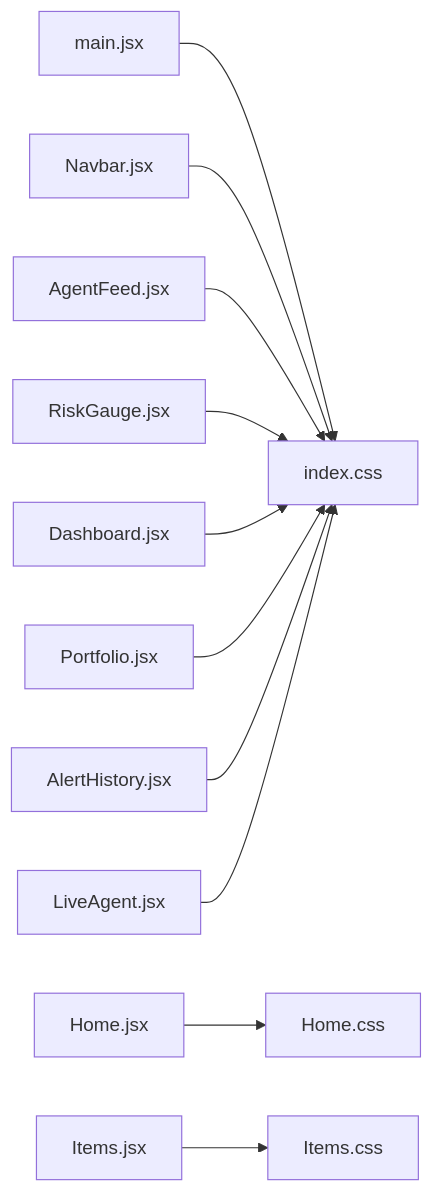
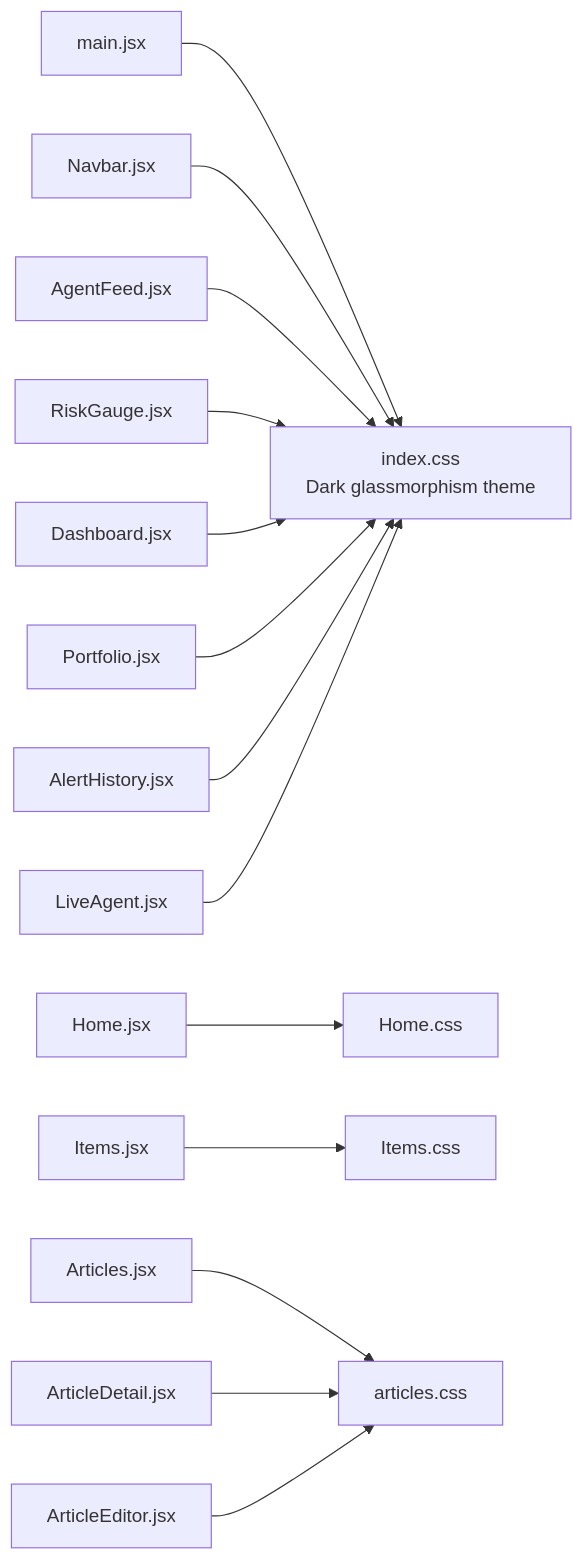
Before and after one commit to ishwarambare/ishwarambare-app: the second of 11 diagrams in .qoder/repowiki/en/content/Frontend Architecture/Styling Architecture.md, drawn with Mermaid. The commit also changed other lines of this file and 10 other files, not shown here.

````diff
--- a/.qoder/repowiki/en/content/Frontend Architecture/Styling Architecture.md
+++ b/.qoder/repowiki/en/content/Frontend Architecture/Styling Architecture.md
@@ -135,13 +167,16 @@
 ```mermaid
 graph LR
-A["main.jsx"] --> B["index.css"]
+A["main.jsx"] --> B["index.css<br/>Dark glassmorphism theme"]
 C["Home.jsx"] --> D["Home.css"]
 E["Items.jsx"] --> F["Items.css"]
-G["Navbar.jsx"] --> B
-H["AgentFeed.jsx"] --> B
-I["RiskGauge.jsx"] --> B
-J["Dashboard.jsx"] --> B
-K["Portfolio.jsx"] --> B
-L["AlertHistory.jsx"] --> B
-M["LiveAgent.jsx"] --> B
+G["Articles.jsx"] --> H["articles.css"]
+I["ArticleDetail.jsx"] --> H
+J["ArticleEditor.jsx"] --> H
+K["Navbar.jsx"] --> B
+L["AgentFeed.jsx"] --> B
+M["RiskGauge.jsx"] --> B
+N["Dashboard.jsx"] --> B
+O["Portfolio.jsx"] --> B
+P["AlertHistory.jsx"] --> B
+Q["LiveAgent.jsx"] --> B
 ```
````
